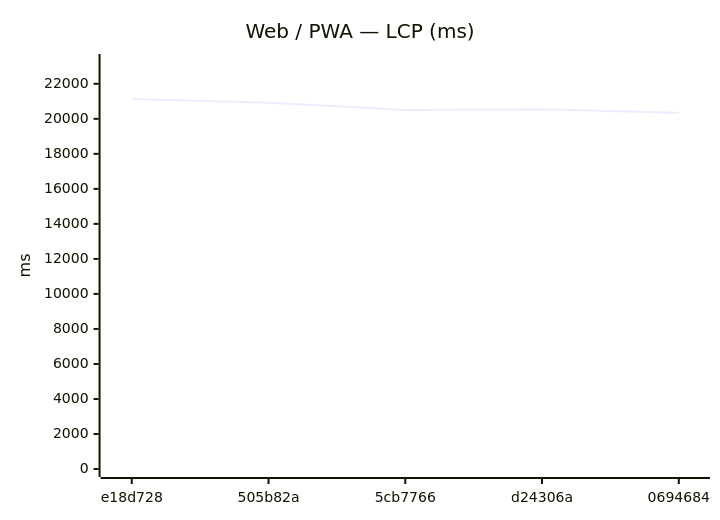
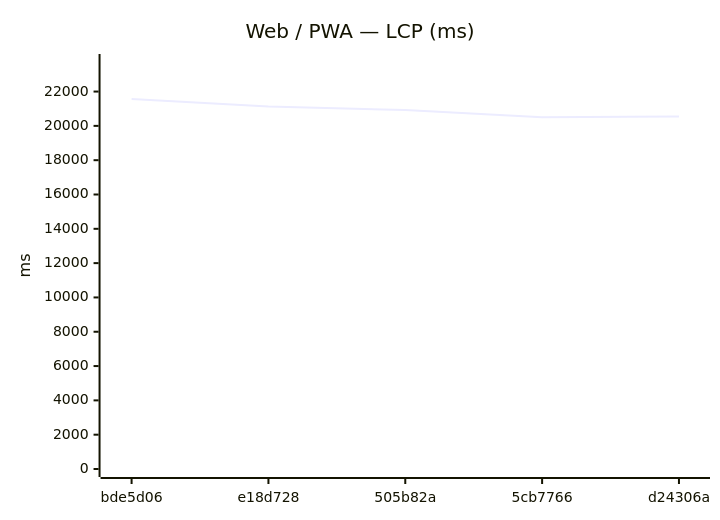
Before and after one commit to Metaheurist/Rianell: the seventh of 18 diagrams in benchmarks/compare.md, drawn with Mermaid. The commit also changed other lines of this file and 11 other files, not shown here.

````diff
--- a/benchmarks/compare.md
+++ b/benchmarks/compare.md
@@ -117,7 +117,7 @@
 ```mermaid
 xychart-beta
     title "Web / PWA — LCP (ms)"
-    x-axis ["e18d728", "505b82a", "5cb7766", "d24306a", "0694684"]
-    y-axis "ms" 0 --> 23246
-    line [21132, 20925, 20504, 20549, 20346]
+    x-axis ["bde5d06", "e18d728", "505b82a", "5cb7766", "d24306a"]
+    y-axis "ms" 0 --> 23723
+    line [21566, 21132, 20925, 20504, 20549]
 ```
````
